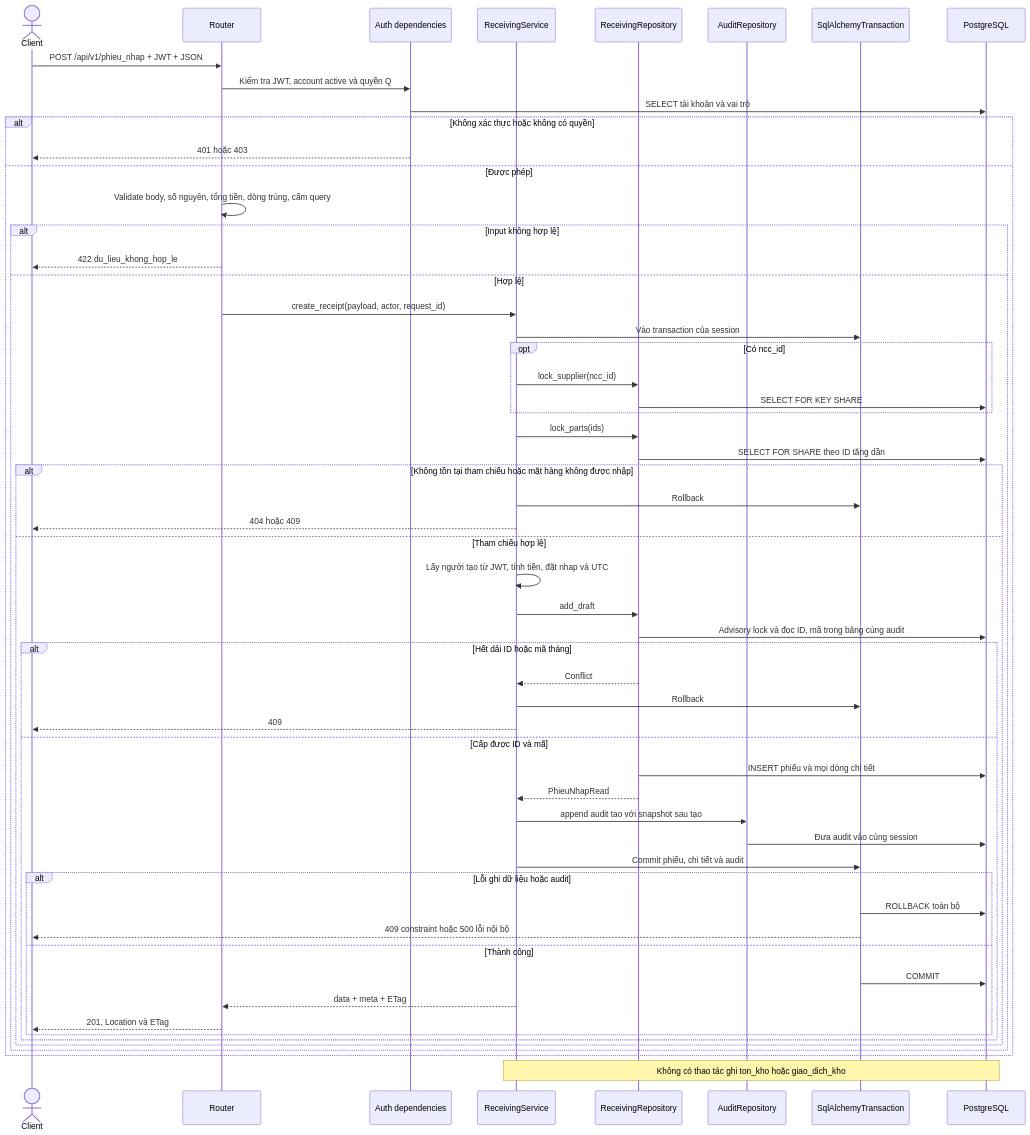
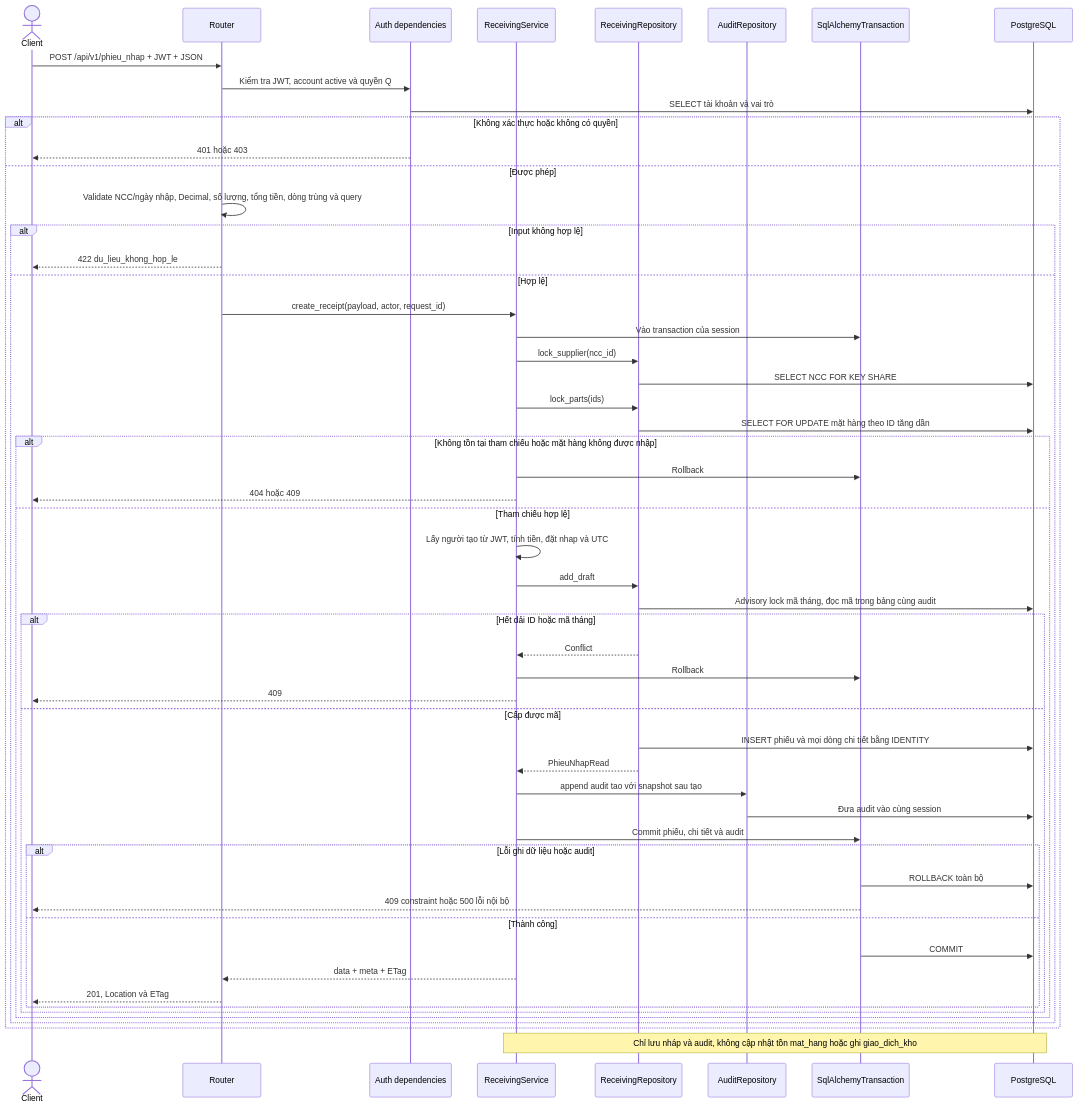
The third of 9 diagrams in docs/sequence/phieu_nhap.md (thanhklt/xbike-mrp-system), drawn with Mermaid before and after one commit. The commit also changed other lines of this file and 28 other files, not shown here.

````diff
--- a/docs/sequence/phieu_nhap.md
+++ b/docs/sequence/phieu_nhap.md
@@ -108,59 +126,57 @@
 ```mermaid
 sequenceDiagram
     actor C as Client
     participant R as Router
     participant D as Auth dependencies
     participant S as ReceivingService
     participant P as ReceivingRepository
     participant A as AuditRepository
     participant T as SqlAlchemyTransaction
     participant DB as PostgreSQL
     C->>R: POST /api/v1/phieu_nhap + JWT + JSON
     R->>D: Kiểm tra JWT, account active và quyền Q
     D->>DB: SELECT tài khoản và vai trò
     alt Không xác thực hoặc không có quyền
         D-->>C: 401 hoặc 403
     else Được phép
-        R->>R: Validate body, số nguyên, tổng tiền, dòng trùng, cấm query
+        R->>R: Validate NCC/ngày nhập, Decimal, số lượng, tổng tiền, dòng trùng và query
         alt Input không hợp lệ
             R-->>C: 422 du_lieu_khong_hop_le
         else Hợp lệ
             R->>S: create_receipt(payload, actor, request_id)
             S->>T: Vào transaction của session
-            opt Có ncc_id
-                S->>P: lock_supplier(ncc_id)
-                P->>DB: SELECT FOR KEY SHARE
-            end
+            S->>P: lock_supplier(ncc_id)
+            P->>DB: SELECT NCC FOR KEY SHARE
             S->>P: lock_parts(ids)
-            P->>DB: SELECT FOR SHARE theo ID tăng dần
+            P->>DB: SELECT FOR UPDATE mặt hàng theo ID tăng dần
             alt Không tồn tại tham chiếu hoặc mặt hàng không được nhập
                 S->>T: Rollback
                 S-->>C: 404 hoặc 409
             else Tham chiếu hợp lệ
                 S->>S: Lấy người tạo từ JWT, tính tiền, đặt nhap và UTC
                 S->>P: add_draft
-                P->>DB: Advisory lock và đọc ID, mã trong bảng cùng audit
+                P->>DB: Advisory lock mã tháng, đọc mã trong bảng cùng audit
                 alt Hết dải ID hoặc mã tháng
                     P-->>S: Conflict
                     S->>T: Rollback
                     S-->>C: 409
-                else Cấp được ID và mã
-                    P->>DB: INSERT phiếu và mọi dòng chi tiết
+                else Cấp được mã
+                    P->>DB: INSERT phiếu và mọi dòng chi tiết bằng IDENTITY
                     P-->>S: PhieuNhapRead
                     S->>A: append audit tao với snapshot sau tạo
                     A->>DB: Đưa audit vào cùng session
                     S->>T: Commit phiếu, chi tiết và audit
                     alt Lỗi ghi dữ liệu hoặc audit
                         T->>DB: ROLLBACK toàn bộ
                         T-->>C: 409 constraint hoặc 500 lỗi nội bộ
                     else Thành công
                         T->>DB: COMMIT
                         S-->>R: data + meta + ETag
                         R-->>C: 201, Location và ETag
                     end
                 end
             end
         end
     end
-    Note over S,DB: Không có thao tác ghi ton_kho hoặc giao_dich_kho
+    Note over S,DB: Chỉ lưu nháp và audit, không cập nhật tồn mat_hang hoặc ghi giao_dich_kho
 ```
````
